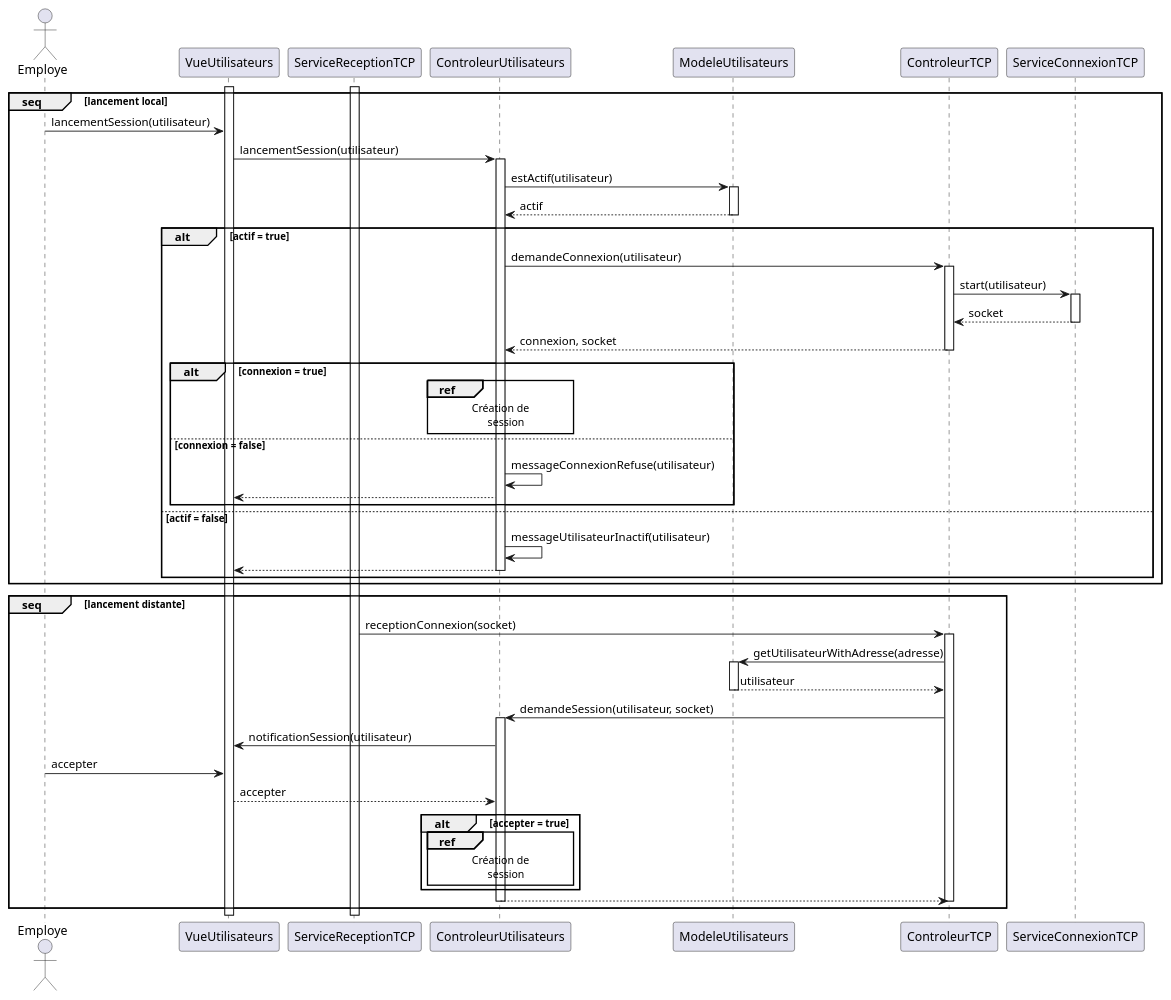
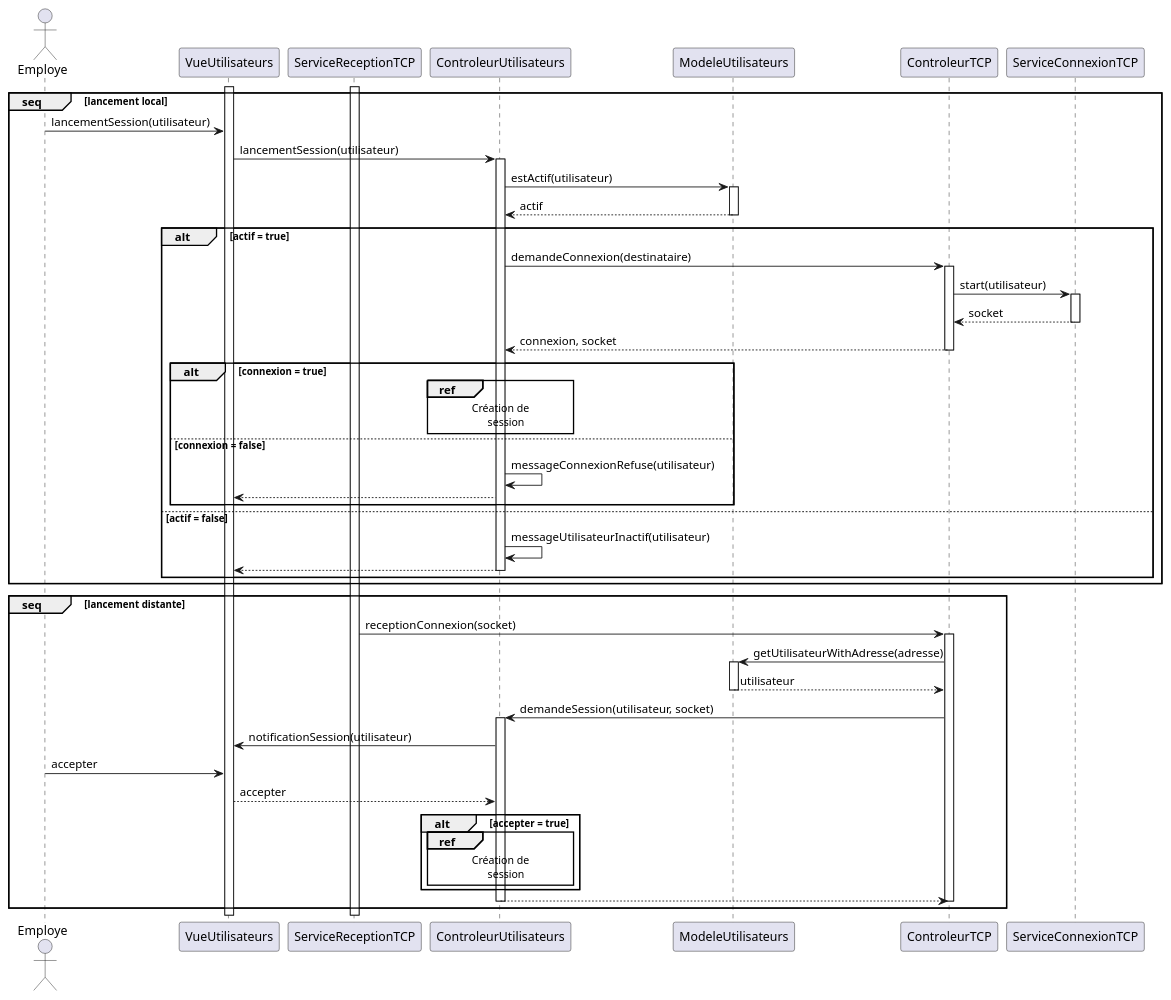
Before and after one commit to arc-hugo/clavardage_uml: the diagram in sequence/lancement_session.wsd, drawn with PlantUML. The commit also changed 1 other file, not shown here.

```diff
--- a/sequence/lancement_session.wsd
+++ b/sequence/lancement_session.wsd
@@ -1,59 +1,59 @@
 @startuml lancement_session
 actor Employe
 activate VueUtilisateurs
 activate ServiceReceptionTCP
 group seq [lancement local]
     Employe -> VueUtilisateurs : lancementSession(utilisateur)
     VueUtilisateurs -> ControleurUtilisateurs : lancementSession(utilisateur)
     activate ControleurUtilisateurs
     ControleurUtilisateurs -> ModeleUtilisateurs : estActif(utilisateur)
     activate ModeleUtilisateurs
     ModeleUtilisateurs --> ControleurUtilisateurs : actif
     deactivate ModeleUtilisateurs
     alt actif = true
-        ControleurUtilisateurs -> ControleurTCP : demandeConnexion(utilisateur)
+        ControleurUtilisateurs -> ControleurTCP : demandeConnexion(destinataire)
         activate ControleurTCP
         ControleurTCP -> ServiceConnexionTCP : start(utilisateur)
         activate ServiceConnexionTCP
         ServiceConnexionTCP --> ControleurTCP : socket
         deactivate ServiceConnexionTCP
         ControleurTCP --> ControleurUtilisateurs : connexion, socket
         deactivate ControleurTCP
         alt connexion = true
             ref over ControleurUtilisateurs
                 Création de
                     session
             end ref
         else connexion = false
             ControleurUtilisateurs -> ControleurUtilisateurs : messageConnexionRefuse(utilisateur)
             ControleurUtilisateurs --> VueUtilisateurs
         end
     else actif = false
         ControleurUtilisateurs -> ControleurUtilisateurs : messageUtilisateurInactif(utilisateur)
         ControleurUtilisateurs --> VueUtilisateurs
         deactivate ControleurUtilisateurs
     end
 end
 group seq [lancement distante]
     ServiceReceptionTCP -> ControleurTCP : receptionConnexion(socket)
     activate ControleurTCP
     ControleurTCP -> ModeleUtilisateurs : getUtilisateurWithAdresse(adresse)
     activate ModeleUtilisateurs
     ModeleUtilisateurs --> ControleurTCP : utilisateur
     deactivate ModeleUtilisateurs
     ControleurTCP -> ControleurUtilisateurs : demandeSession(utilisateur, socket)
     activate ControleurUtilisateurs
     ControleurUtilisateurs -> VueUtilisateurs : notificationSession(utilisateur)
     Employe -> VueUtilisateurs : accepter
     VueUtilisateurs --> ControleurUtilisateurs : accepter
     alt accepter = true
         ref over ControleurUtilisateurs
             Création de
                 session
         end ref
     end
     ControleurUtilisateurs --> ControleurTCP
     deactivate ControleurUtilisateurs
     deactivate ControleurTCP
 end
 @enduml
```
